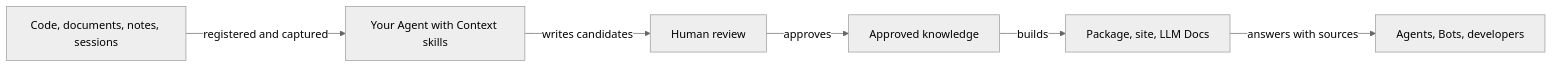
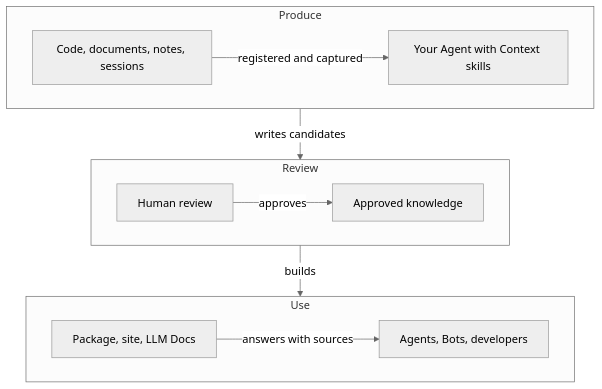
One commit to context4ai/portal changed the diagram in knowledge/product/getting-started/what-is-context.md. Above: the diagram before and after it, drawn with Mermaid (neutral theme). The commit also changed other lines of this file and 25 other files, not shown here.

First line of the commit message:
feat(v0.9.0): add Source Graph deployment recommendations and site feedback fixes (#4)

````diff
--- a/knowledge/product/getting-started/what-is-context.md
+++ b/knowledge/product/getting-started/what-is-context.md
@@ -23,8 +24,17 @@
 ```mermaid
-flowchart LR
-  src["Code, documents, notes, sessions"] -->|registered and captured| agent["Your Agent with Context skills"]
-  agent -->|writes candidates| review["Human review"]
-  review -->|approves| kb["Approved knowledge"]
-  kb -->|builds| out["Package, site, LLM Docs"]
-  out -->|answers with sources| users["Agents, Bots, developers"]
+flowchart TB
+  subgraph produce["Produce"]
+    direction LR
+    src["Code, documents, notes, sessions"] -->|registered and captured| agent["Your Agent with Context skills"]
+  end
+  subgraph approve["Review"]
+    direction LR
+    review["Human review"] -->|approves| kb["Approved knowledge"]
+  end
+  subgraph use["Use"]
+    direction LR
+    out["Package, site, LLM Docs"] -->|answers with sources| users["Agents, Bots, developers"]
+  end
+  produce -->|writes candidates| approve
+  approve -->|builds| use
 ```
````
